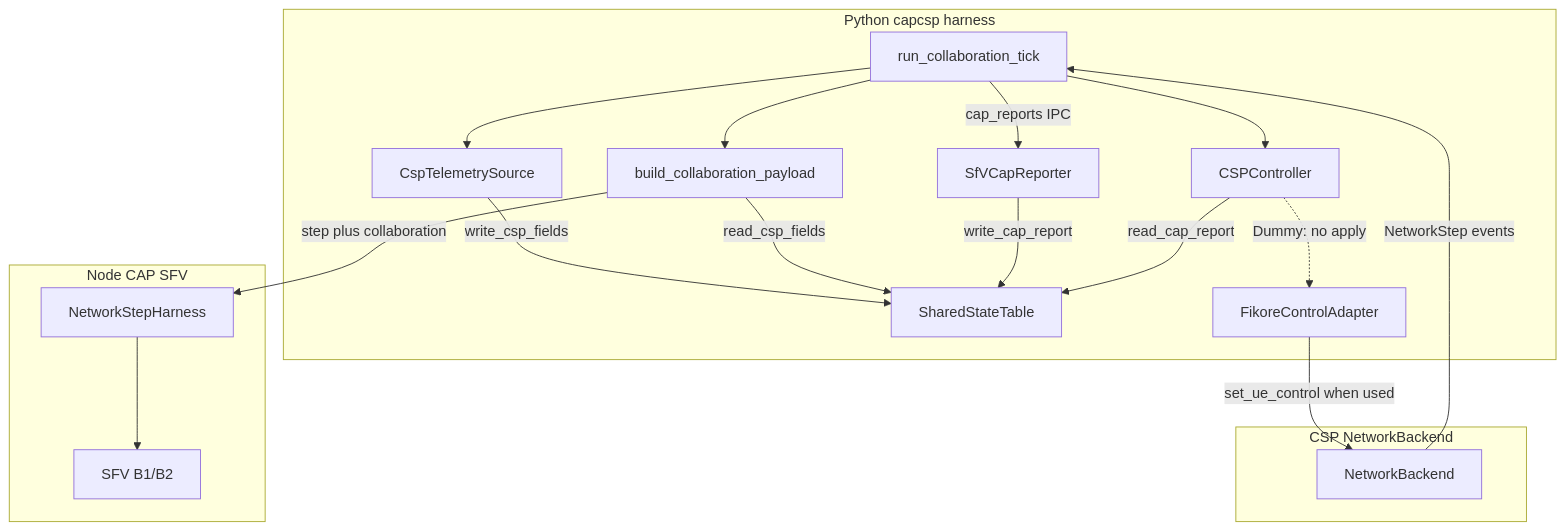
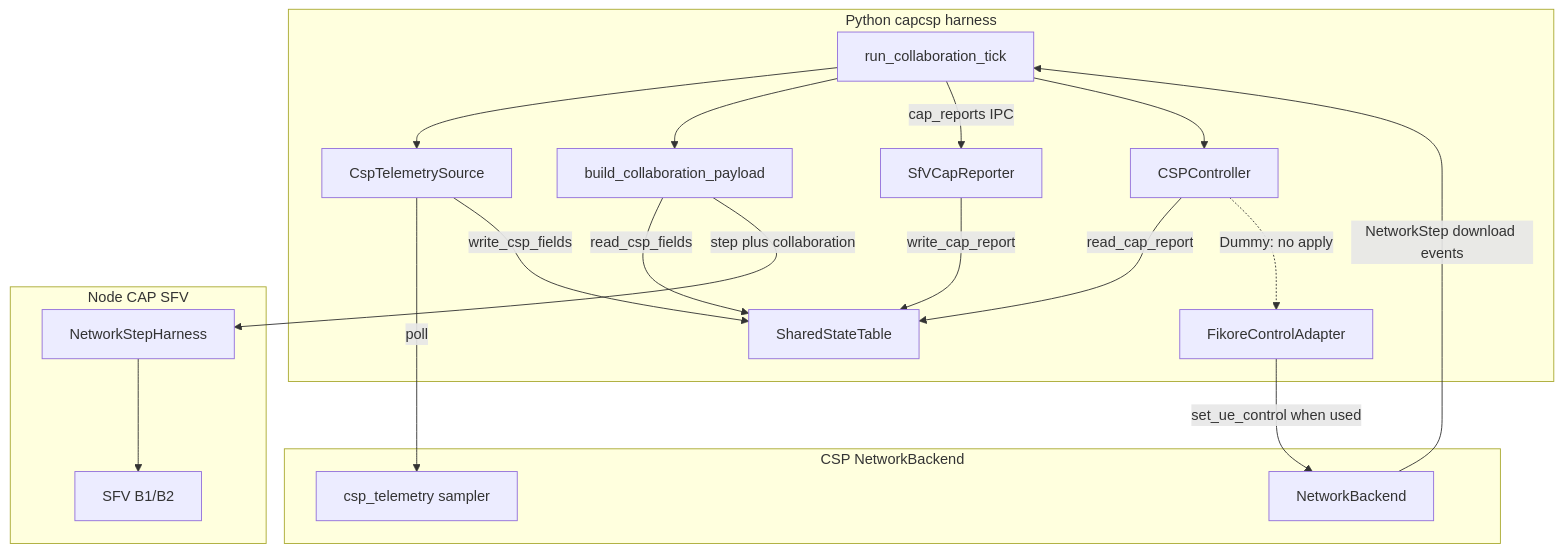
One commit to VQEG/cap-csp-collaboration-test-pilot changed the diagram in docs/collaboration.md. Above: the diagram before and after it, drawn with Mermaid. The commit also changed other lines of this file and 12 other files, not shown here.

First line of the commit message:
feat(collaboration): sample CSP telemetry beside the NetworkStep

````diff
--- a/docs/collaboration.md
+++ b/docs/collaboration.md
@@ -64,32 +64,34 @@
 ```mermaid
 flowchart TB
   subgraph harness [Python capcsp harness]
     Runtime[run_collaboration_tick]
     Tel[CspTelemetrySource]
     Snap[build_collaboration_payload]
     Rep[SfVCapReporter]
     Table[SharedStateTable]
     Ctrl[CSPController]
     FCA[FikoreControlAdapter]
   end
   subgraph cap [Node CAP SFV]
     NH[NetworkStepHarness]
     Engine[SFV B1/B2]
   end
   subgraph csp [CSP NetworkBackend]
     NB[NetworkBackend]
+    Sampler[csp_telemetry sampler]
   end
-  NB -->|NetworkStep events| Runtime
+  NB -->|NetworkStep download events| Runtime
   Runtime --> Tel
+  Tel -->|poll| Sampler
   Tel -->|write_csp_fields| Table
   Runtime --> Snap
   Snap -->|read_csp_fields| Table
   Snap -->|step plus collaboration| NH
   NH --> Engine
   Runtime -->|cap_reports IPC| Rep
   Rep -->|write_cap_report| Table
   Runtime --> Ctrl
   Ctrl -->|read_cap_report| Table
   Ctrl -.->|Dummy: no apply| FCA
   FCA -->|set_ue_control when used| NB
 ```
````
